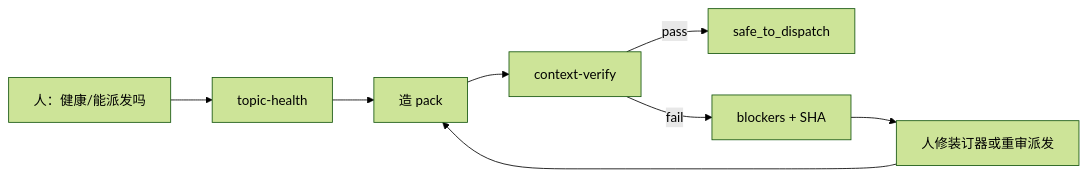
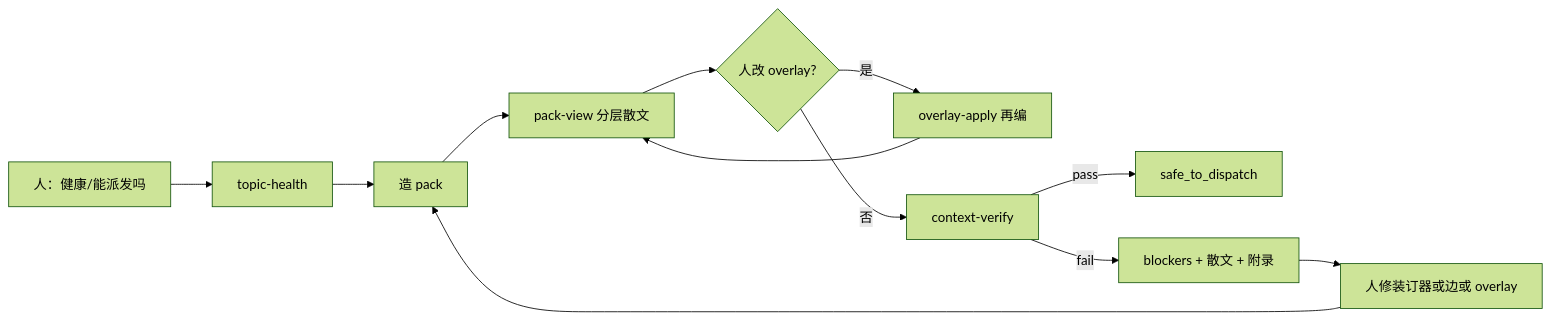
The second of 4 diagrams in skill/ndf-workflow/OVERVIEW.md (xuefenghao5121/NDF-Harness), drawn with Mermaid (forest theme) before and after one commit. The commit also changed other lines of this file and 51 other files, not shown here.

First line of the commit message:
release: NDF Harness 1.3.0 META-023-026 pack-view and POC send gate

````diff
--- a/skill/ndf-workflow/OVERVIEW.md
+++ b/skill/ndf-workflow/OVERVIEW.md
@@ -111,10 +118,14 @@
 ```mermaid
 flowchart LR
   Ask[人：健康/能派发吗] --> TH[topic-health]
   TH --> Pack[造 pack]
-  Pack --> CV[context-verify]
+  Pack --> View[pack-view 分层散文]
+  View --> Overlay{人改 overlay?}
+  Overlay -->|是| Re[overlay-apply 再编]
+  Re --> View
+  Overlay -->|否| CV[context-verify]
   CV -->|pass| OK[safe_to_dispatch]
-  CV -->|fail| Bl[blockers + SHA]
-  Bl --> Fix[人修装订器或重审派发]
+  CV -->|fail| Bl[blockers + 散文 + 附录]
+  Bl --> Fix[人修装订器或边或 overlay]
   Fix --> Pack
 ```
````
